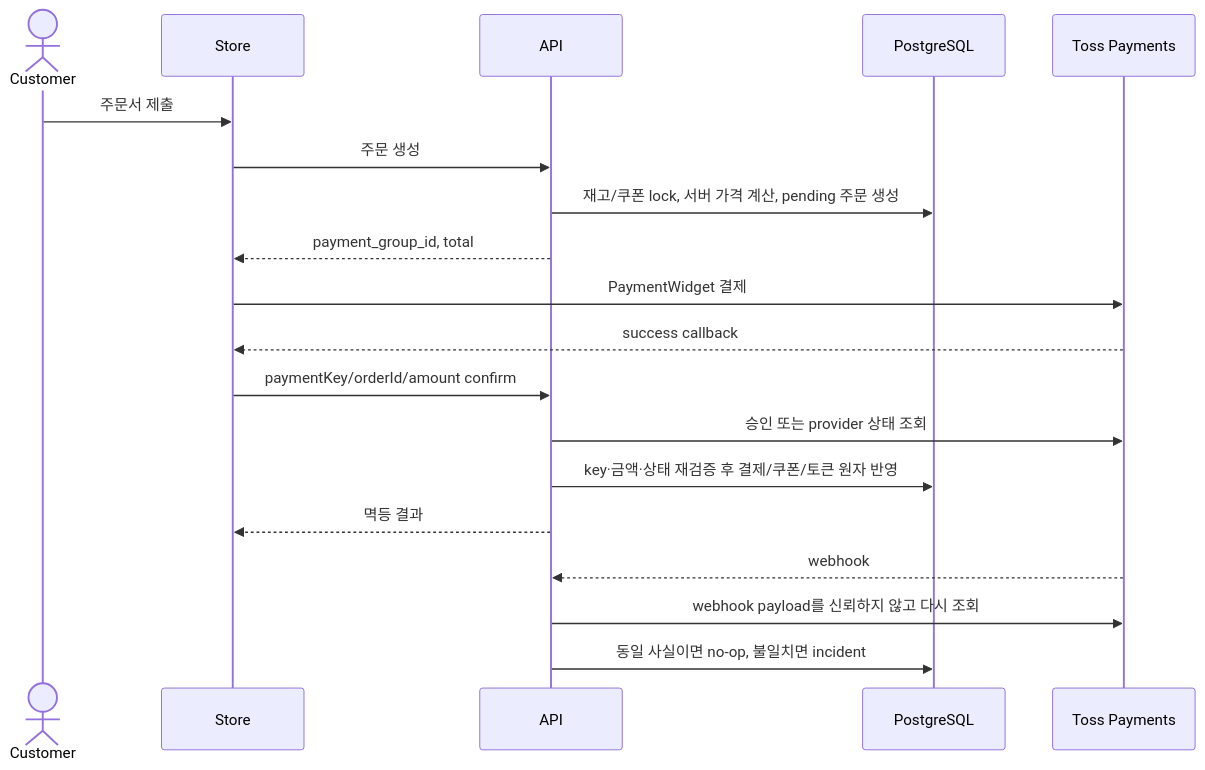
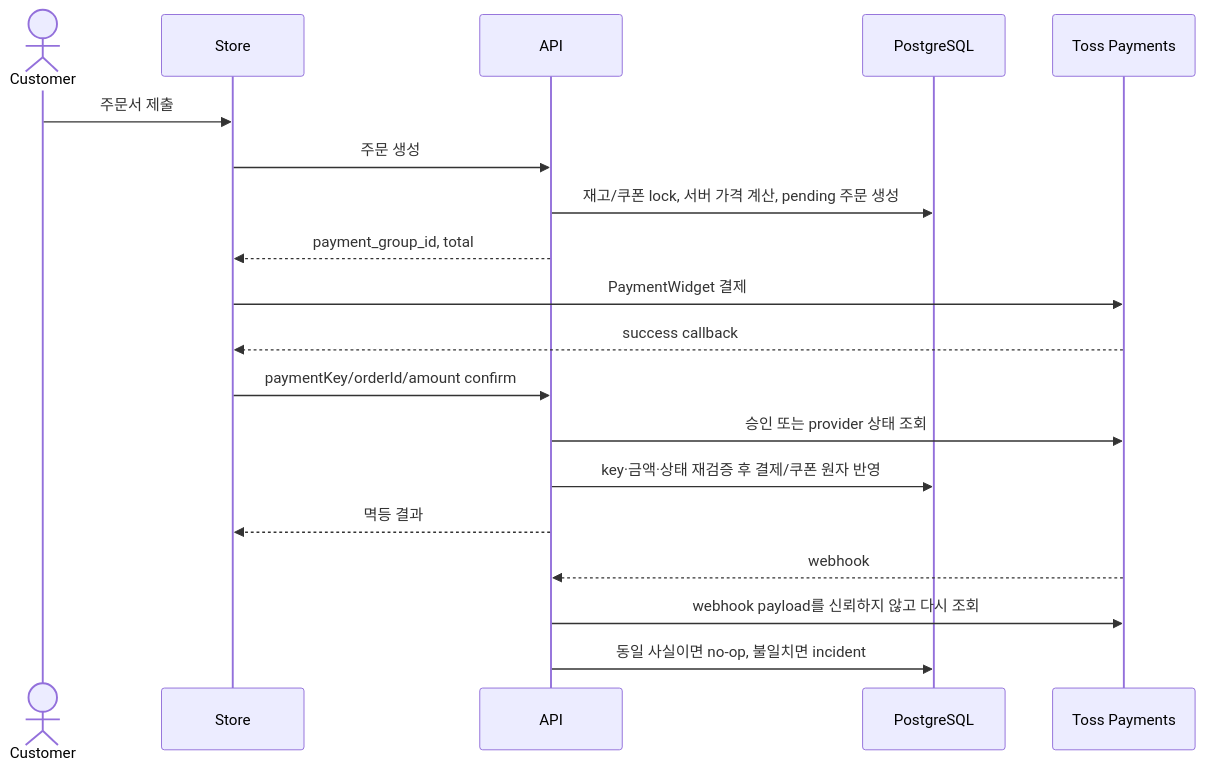
The second of 3 diagrams in ARCHITECTURE.md (Bongseop-Kim/essesion), drawn with Mermaid before and after one commit. The commit also changed other lines of this file and 476 other files, not shown here.

````diff
--- a/ARCHITECTURE.md
+++ b/ARCHITECTURE.md
@@ -243,22 +231,22 @@
 ```mermaid
 sequenceDiagram
     actor U as Customer
     participant S as Store
     participant A as API
     participant DB as PostgreSQL
     participant T as Toss Payments
 
     U->>S: 주문서 제출
     S->>A: 주문 생성
     A->>DB: 재고/쿠폰 lock, 서버 가격 계산, pending 주문 생성
     A-->>S: payment_group_id, total
     S->>T: PaymentWidget 결제
     T-->>S: success callback
     S->>A: paymentKey/orderId/amount confirm
     A->>T: 승인 또는 provider 상태 조회
-    A->>DB: key·금액·상태 재검증 후 결제/쿠폰/토큰 원자 반영
+    A->>DB: key·금액·상태 재검증 후 결제/쿠폰 원자 반영
     A-->>S: 멱등 결과
     T-->>A: webhook
     A->>T: webhook payload를 신뢰하지 않고 다시 조회
     A->>DB: 동일 사실이면 no-op, 불일치면 incident
 ```
````
